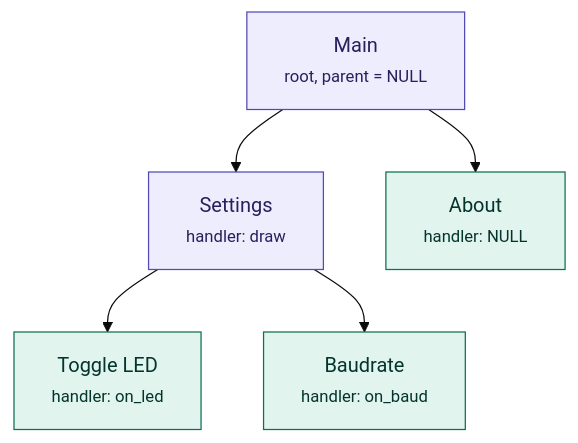
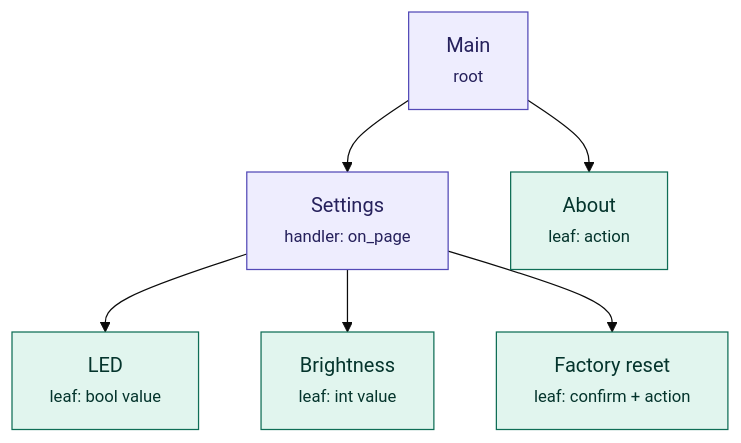
Before and after one commit to alirezamzdl/embedded-menu: the diagram in README.md, drawn with Mermaid (base theme). The commit also changed other lines of this file and 7 other files, not shown here.

````diff
--- a/README.md
+++ b/README.md
@@ -26,11 +28,12 @@
 ```mermaid
 graph TD
-    A["Main<br/><small>root, parent = NULL</small>"] --> B["Settings<br/><small>handler: draw</small>"]
-    A --> C["About<br/><small>handler: NULL</small>"]
-    B --> D["Toggle LED<br/><small>handler: on_led</small>"]
-    B --> E["Baudrate<br/><small>handler: on_baud</small>"]
+    A["Main<br/><small>root</small>"] --> B["Settings<br/><small>handler: on_page</small>"]
+    A --> C["About<br/><small>leaf: action</small>"]
+    B --> D["LED<br/><small>leaf: bool value</small>"]
+    B --> E["Brightness<br/><small>leaf: int value</small>"]
+    B --> F["Factory reset<br/><small>leaf: confirm + action</small>"]
     classDef page fill:#EEEDFE,stroke:#534AB7,color:#26215C;
     classDef leaf fill:#E1F5EE,stroke:#0F6E56,color:#04342C;
     class A,B page;
-    class C,D,E leaf;
+    class C,D,E,F leaf;
 ```
````
